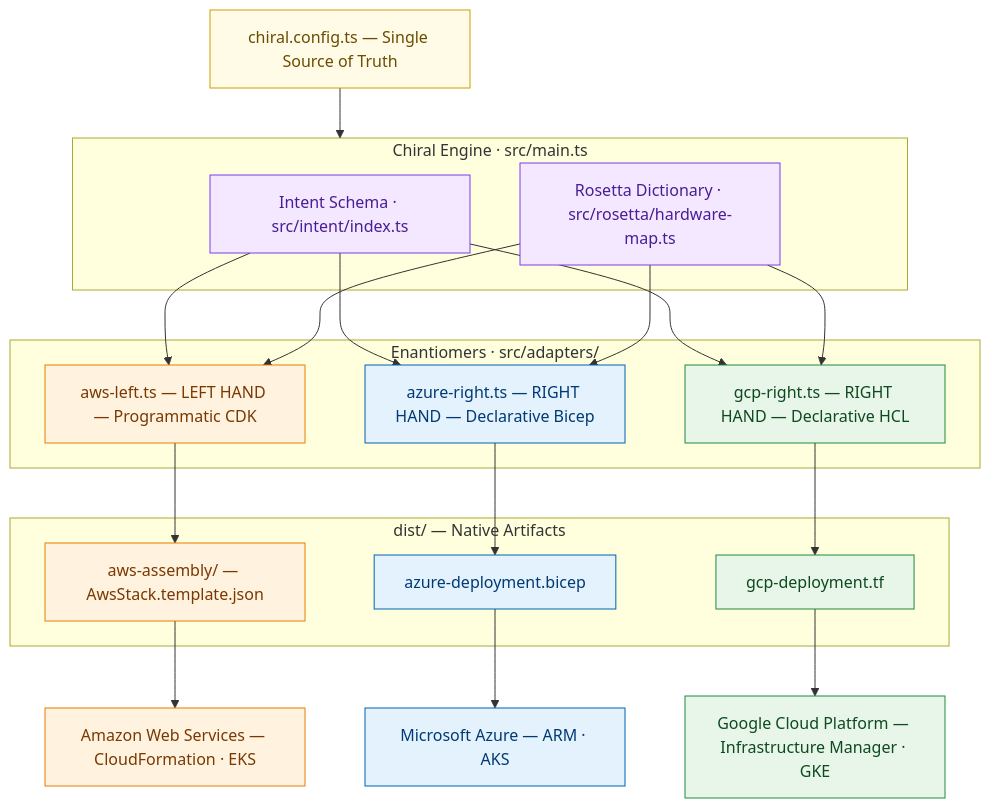
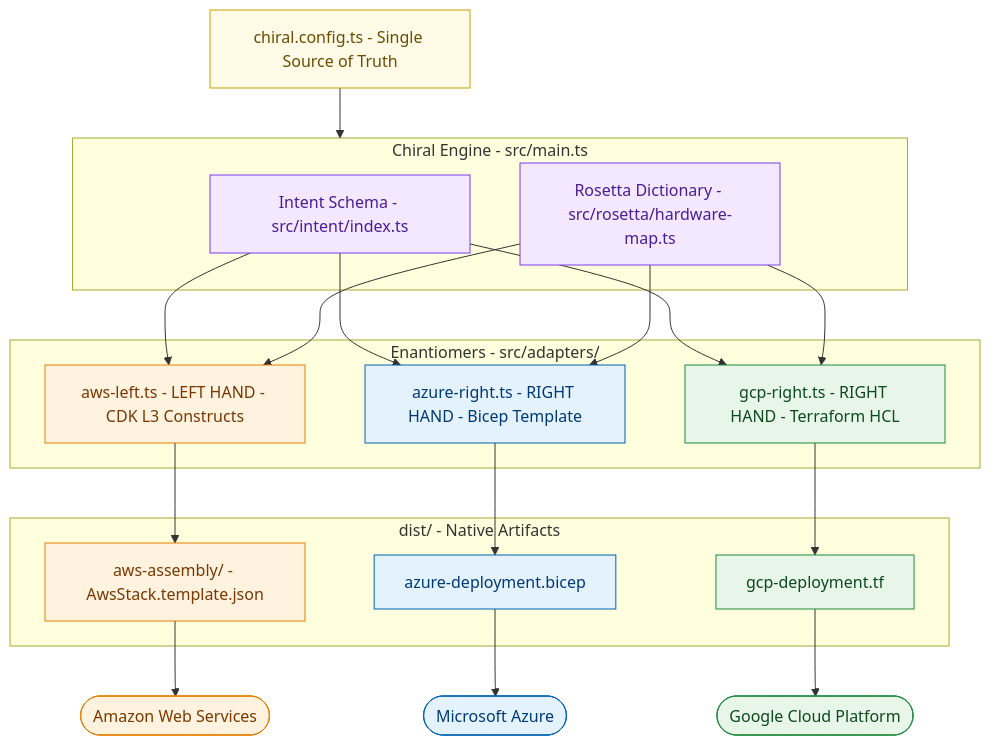
The diagram in README.md (lloydchang/chiral-infrastructure-as-code), drawn with Mermaid before and after one commit.

Commit message:
docs: Fix formatting in README.md for clarity

````diff
--- a/README.md
+++ b/README.md
@@ -240,45 +240,45 @@
 ```mermaid
 flowchart TD
     classDef config  fill:#fffbe6,stroke:#c9a000,color:#6b4c00
     classDef engine  fill:#f3e8ff,stroke:#7c3aed,color:#4a1d96
     classDef awsNode fill:#fff3e0,stroke:#e67e00,color:#7a3800
     classDef azNode  fill:#e3f2fd,stroke:#0063b1,color:#003a75
     classDef gcpNode fill:#e8f5e9,stroke:#1e8a3e,color:#0d4a1f
 
-    CONFIG["chiral.config.ts — Single Source of Truth"]:::config
+    CONFIG[chiral.config.ts - Single Source of Truth]:::config
 
-    subgraph ENGINE["Chiral Engine · src/main.ts"]
-        INTENT["Intent Schema · src/intent/index.ts"]:::engine
-        ROSETTA["Rosetta Dictionary · src/rosetta/hardware-map.ts"]:::engine
+    subgraph ENGINE[Chiral Engine - src/main.ts]
+        INTENT[Intent Schema - src/intent/index.ts]:::engine
+        ROSETTA[Rosetta Dictionary - src/rosetta/hardware-map.ts]:::engine
     end
 
-    subgraph ADAPTERS["Enantiomers · src/adapters/"]
-        AWS_A["aws-left.ts — LEFT HAND — Programmatic CDK"]:::awsNode
-        AZURE_A["azure-right.ts — RIGHT HAND — Declarative Bicep"]:::azNode
-        GCP_A["gcp-right.ts — RIGHT HAND — Declarative HCL"]:::gcpNode
+    subgraph ADAPTERS[Enantiomers - src/adapters/]
+        AWS_A[aws-left.ts - LEFT HAND - CDK L3 Constructs]:::awsNode
+        AZURE_A[azure-right.ts - RIGHT HAND - Bicep Template]:::azNode
+        GCP_A[gcp-right.ts - RIGHT HAND - Terraform HCL]:::gcpNode
     end
 
-    subgraph DIST["dist/ — Native Artifacts"]
-        AWS_D["aws-assembly/ — AwsStack.template.json"]:::awsNode
-        AZURE_D["azure-deployment.bicep"]:::azNode
-        GCP_D["gcp-deployment.tf"]:::gcpNode
+    subgraph DIST[dist/ - Native Artifacts]
+        AWS_D[aws-assembly/ - AwsStack.template.json]:::awsNode
+        AZURE_D[azure-deployment.bicep]:::azNode
+        GCP_D[gcp-deployment.tf]:::gcpNode
     end
 
-    AWS_C["Amazon Web Services — CloudFormation · EKS"]:::awsNode
-    AZURE_C["Microsoft Azure — ARM · AKS"]:::azNode
-    GCP_C["Google Cloud Platform — Infrastructure Manager · GKE"]:::gcpNode
+    AWS_C([Amazon Web Services]):::awsNode
+    AZURE_C([Microsoft Azure]):::azNode
+    GCP_C([Google Cloud Platform]):::gcpNode
 
     CONFIG --> ENGINE
     INTENT --> AWS_A
     INTENT --> AZURE_A
     INTENT --> GCP_A
     ROSETTA --> AWS_A
     ROSETTA --> AZURE_A
     ROSETTA --> GCP_A
     AWS_A --> AWS_D
     AZURE_A --> AZURE_D
     GCP_A --> GCP_D
     AWS_D --> AWS_C
     AZURE_D --> AZURE_C
     GCP_D --> GCP_C
 ```
````
